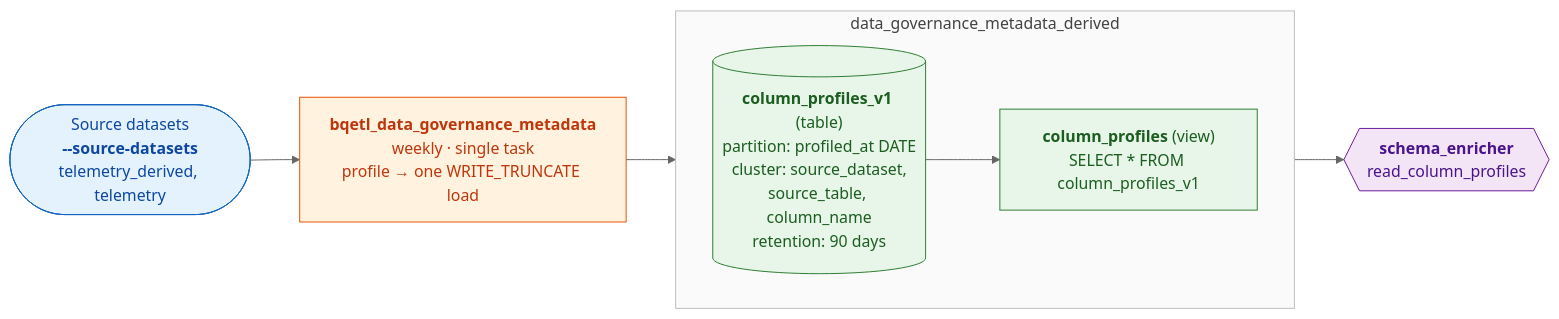
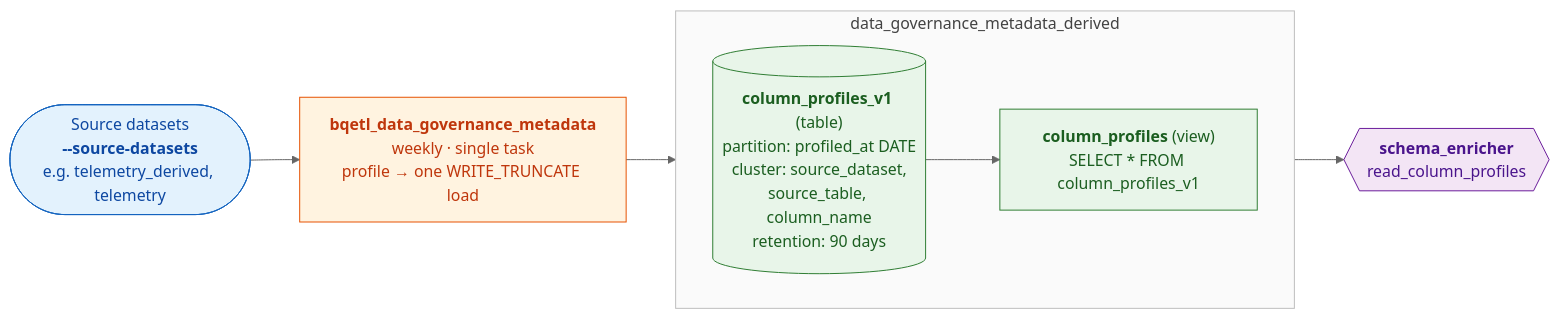
The diagram in sql/moz-fx-data-shared-prod/data_governance_metadata_derived/column_profiles/README.md (mozilla/bigquery-etl), drawn with Mermaid (neutral theme) before and after one commit. The commit also changed other lines of this file and 3 other files, not shown here.

````diff
--- a/sql/moz-fx-data-shared-prod/data_governance_metadata_derived/column_profiles/README.md
+++ b/sql/moz-fx-data-shared-prod/data_governance_metadata_derived/column_profiles/README.md
@@ -15,27 +15,27 @@
 ```mermaid
 flowchart LR
-    DS(["Source datasets<br/><b>--source-datasets</b><br/>telemetry_derived, telemetry"])
+    DS(["Source datasets<br/><b>--source-datasets</b><br/>e.g. telemetry_derived, telemetry"])
     JOB["<b>bqetl_data_governance_metadata</b><br/>weekly · single task<br/>profile → one WRITE_TRUNCATE load"]
 
     subgraph BQ["data_governance_metadata_derived"]
         direction LR
         TBL[("<b>column_profiles_v1</b> (table)<br/>partition: profiled_at DATE<br/>cluster: source_dataset,<br/>source_table, column_name<br/>retention: 90 days")]
         VIEW["<b>column_profiles</b> (view)<br/>SELECT * FROM column_profiles_v1"]
         TBL --> VIEW
     end
 
     AGENT{{"<b>schema_enricher</b><br/>read_column_profiles"}}
 
     DS --> JOB --> TBL
     VIEW --> AGENT
 
     classDef source fill:#e3f2fd,stroke:#1565c0,color:#0d47a1;
     classDef job fill:#fff3e0,stroke:#e65100,color:#bf360c;
     classDef store fill:#e8f5e9,stroke:#2e7d32,color:#1b5e20;
     classDef consumer fill:#f3e5f5,stroke:#6a1b9a,color:#4a148c;
     class DS source
     class JOB job
     class TBL,VIEW store
     class AGENT consumer
     style BQ fill:#fafafa,stroke:#bdbdbd,color:#424242
 ```
````
